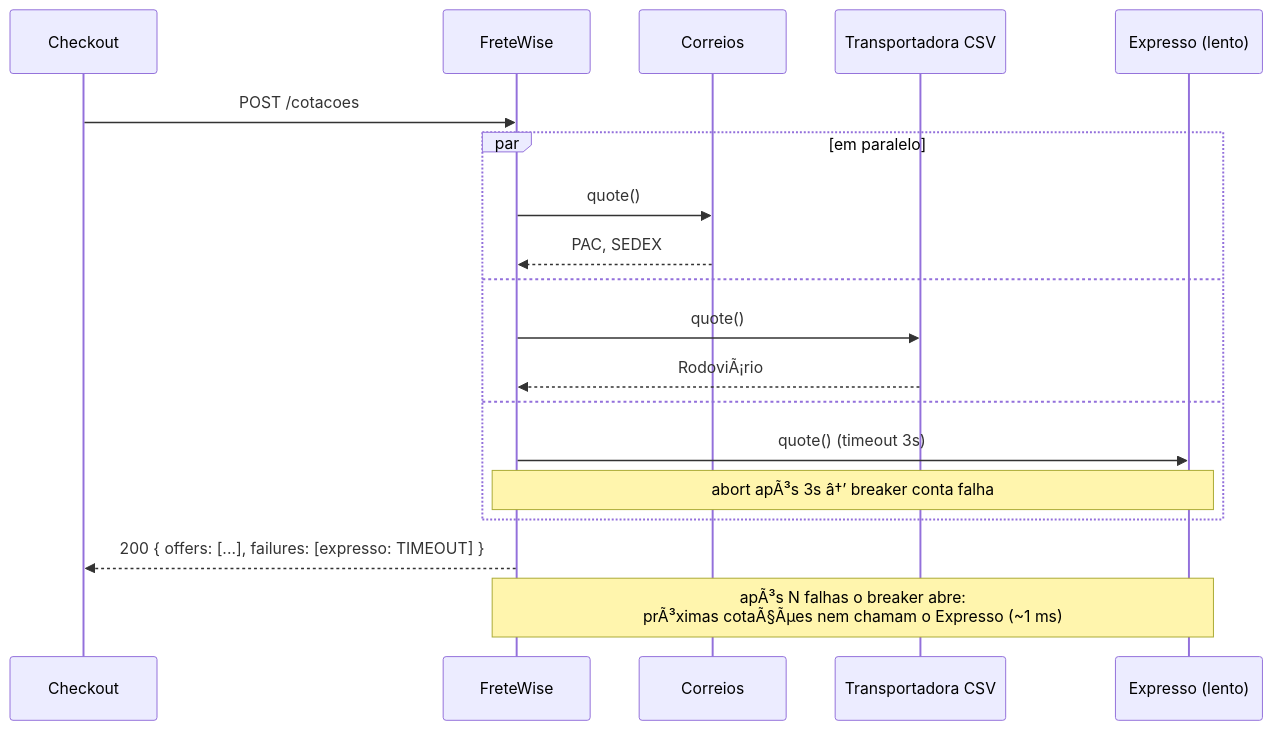
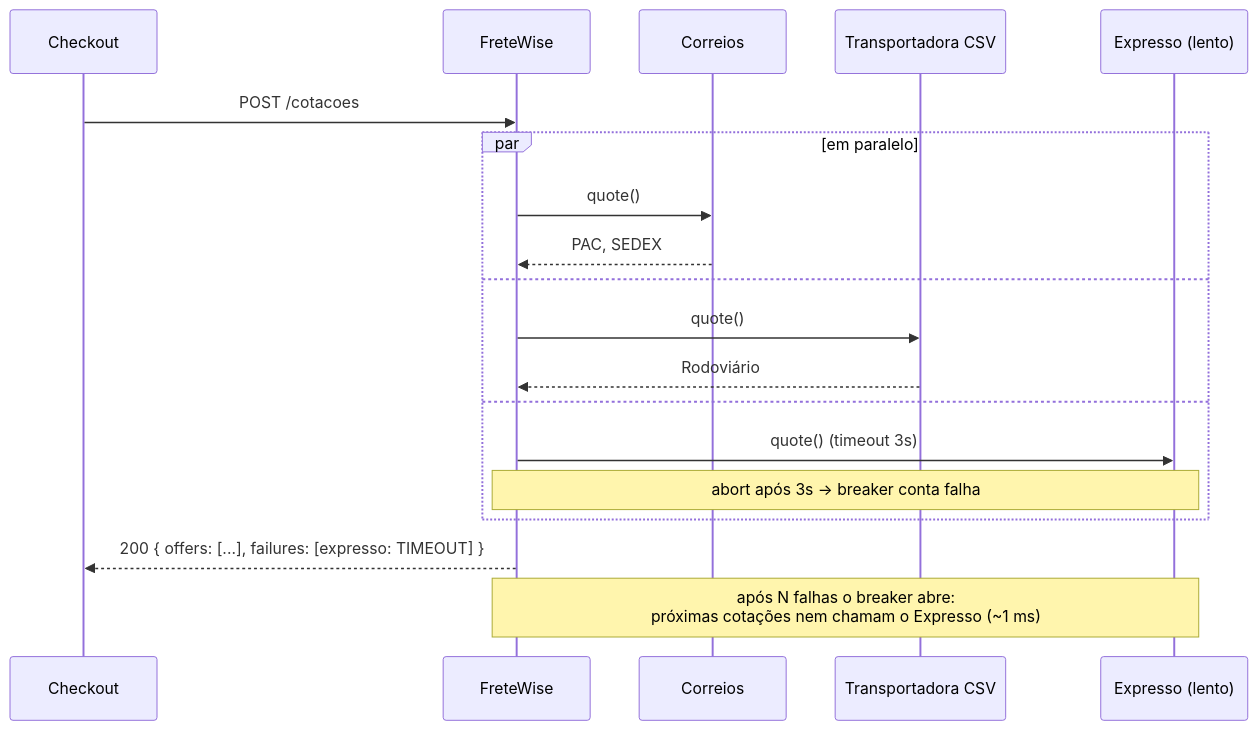
One commit to MaatheusPolli/frete-wise changed the diagram in README.md. Above: the diagram before and after it, drawn with Mermaid. The commit also changed other lines of this file, not shown here.

````diff
--- a/README.md
+++ b/README.md
@@ -37,21 +37,21 @@
 ```mermaid
 sequenceDiagram
     participant C as Checkout
     participant API as FreteWise
     participant Co as Correios
     participant T as Transportadora CSV
     participant E as Expresso (lento)
     C->>API: POST /cotacoes
     par em paralelo
         API->>Co: quote()
         Co-->>API: PAC, SEDEX
     and
         API->>T: quote()
-        T-->>API: RodoviÃ¡rio
+        T-->>API: Rodoviário
     and
         API->>E: quote() (timeout 3s)
-        Note over API,E: abort apÃ³s 3s â†’ breaker conta falha
+        Note over API,E: abort após 3s → breaker conta falha
     end
     API-->>C: 200 { offers: [...], failures: [expresso: TIMEOUT] }
-    Note over API,E: apÃ³s N falhas o breaker abre:<br/>prÃ³ximas cotaÃ§Ãµes nem chamam o Expresso (~1 ms)
+    Note over API,E: após N falhas o breaker abre:<br/>próximas cotações nem chamam o Expresso (~1 ms)
 ```
````
